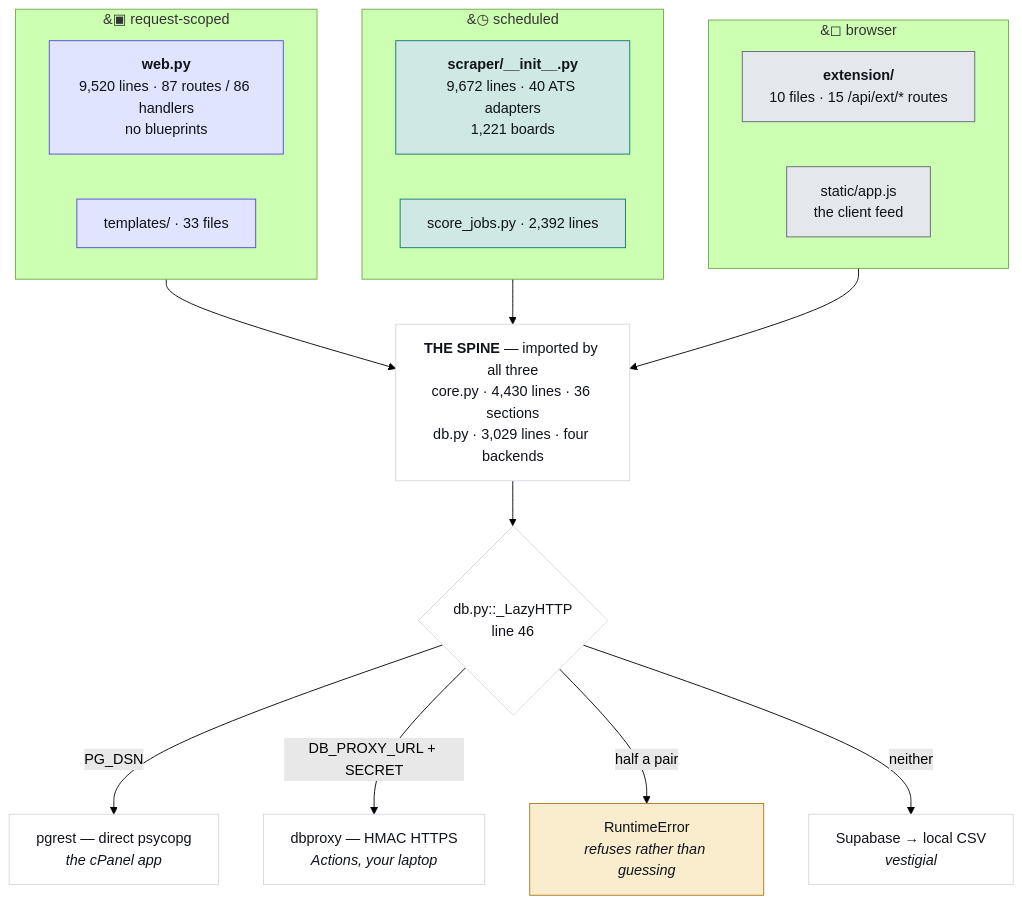
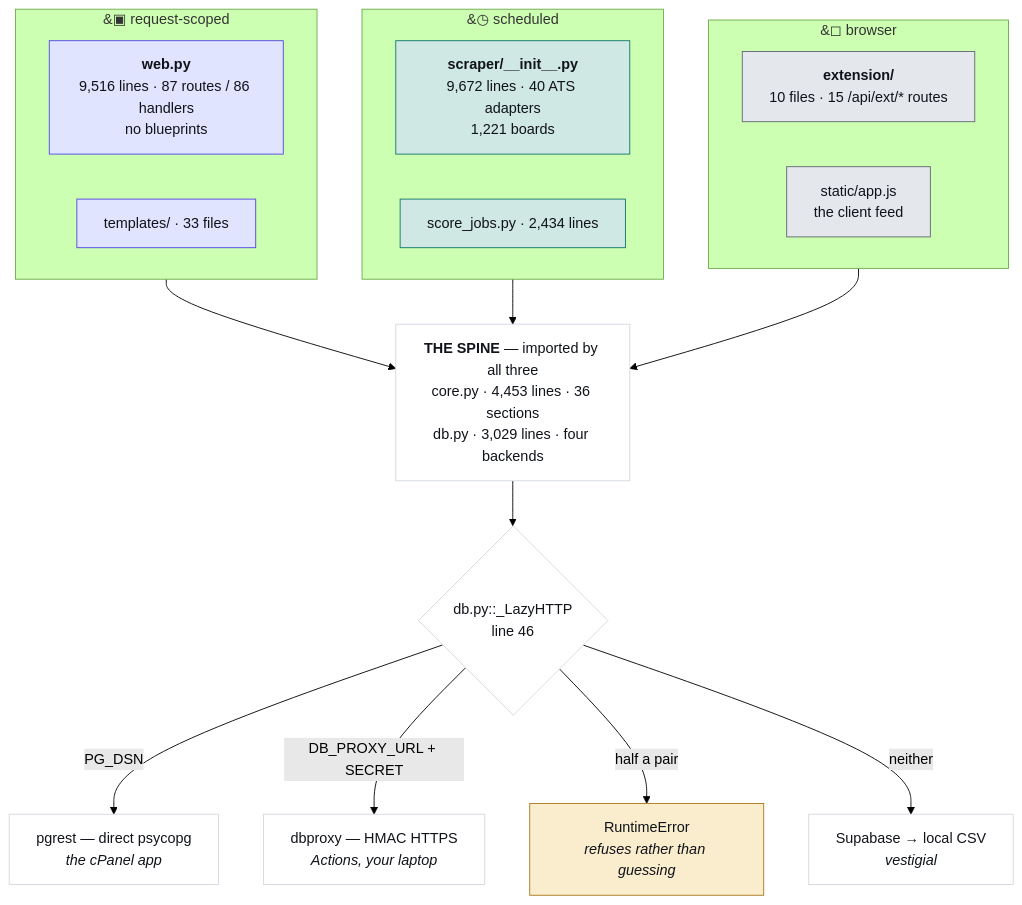
The first of 4 diagrams in JobMatch Scraper/docs/ARCHITECTURE.md (hadakunal909-debug/job-search-tool), drawn with Mermaid (forest theme) before and after one commit. The commit also changed other lines of this file and 283 other files, not shown here.

````diff
--- a/JobMatch Scraper/docs/ARCHITECTURE.md
+++ b/JobMatch Scraper/docs/ARCHITECTURE.md
@@ -45,34 +45,34 @@
 ```mermaid
 flowchart TB
   subgraph REQ["&#9635; request-scoped"]
-    W["<b>web.py</b><br/>9,520 lines · 87 routes / 86 handlers<br/>no blueprints"]
+    W["<b>web.py</b><br/>9,516 lines · 87 routes / 86 handlers<br/>no blueprints"]
     T["templates/ · 33 files"]
   end
   subgraph SCH["&#9719; scheduled"]
     S["<b>scraper/__init__.py</b><br/>9,672 lines · 40 ATS adapters<br/>1,221 boards"]
-    J["score_jobs.py · 2,392 lines"]
+    J["score_jobs.py · 2,434 lines"]
   end
   subgraph CLI["&#9723; browser"]
     E["<b>extension/</b><br/>10 files · 15 /api/ext/* routes"]
     A["static/app.js<br/>the client feed"]
   end
-  SPINE["<b>THE SPINE</b> — imported by all three<br/>core.py · 4,430 lines · 36 sections<br/>db.py · 3,029 lines · four backends"]
+  SPINE["<b>THE SPINE</b> — imported by all three<br/>core.py · 4,453 lines · 36 sections<br/>db.py · 3,029 lines · four backends"]
   REQ --> SPINE
   SCH --> SPINE
   CLI --> SPINE
   SPINE --> D{"db.py::_LazyHTTP<br/>line 46"}
   D -->|"PG_DSN"| P["pgrest — direct psycopg<br/><i>the cPanel app</i>"]
   D -->|"DB_PROXY_URL + SECRET"| X["dbproxy — HMAC HTTPS<br/><i>Actions, your laptop</i>"]
   D -->|"half a pair"| R["RuntimeError<br/><i>refuses rather than guessing</i>"]
   D -->|"neither"| V["Supabase → local CSV<br/><i>vestigial</i>"]
   classDef web fill:#e0e4fe,stroke:#4f46e5,color:#101319
   classDef sched fill:#cfe8e3,stroke:#0f766e,color:#101319
   classDef client fill:#e4e7ec,stroke:#5f6573,color:#101319
   classDef trap fill:#f9edcd,stroke:#a8781a,color:#101319
   classDef plain fill:#ffffff,stroke:#d3d7df,color:#101319
   class W,T web
   class S,J sched
   class E,A client
   class R trap
   class SPINE,D,P,X,V plain
 ```
````
